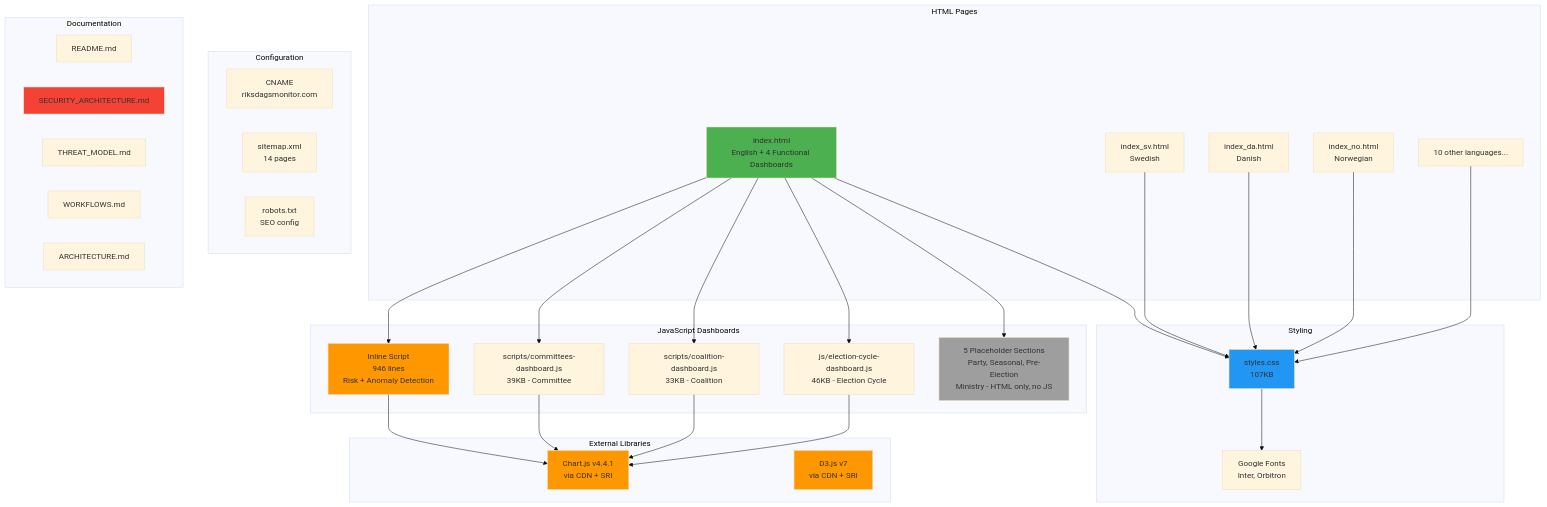
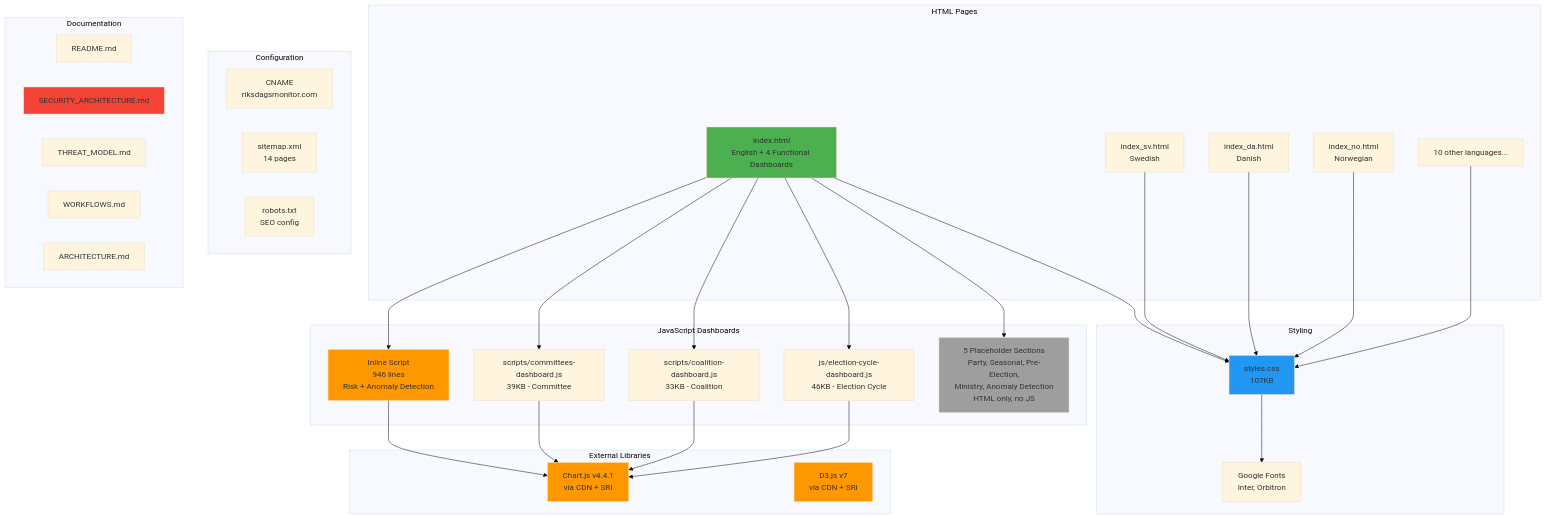
One commit to Hack23/riksdagsmonitor changed the fourth of 11 diagrams in ARCHITECTURE.md. Above: the diagram before and after it, drawn with Mermaid (base theme). The commit also changed 2 other files, not shown here.

Commit message:
Fix dashboard implementation accuracy: risk dashboard only, 5 placeholders including standalone anomaly section

````diff
--- a/ARCHITECTURE.md
+++ b/ARCHITECTURE.md
@@ -176,69 +176,69 @@
 ```mermaid
 graph TD
     subgraph "HTML Pages"
         Index[index.html<br/>English + 4 Functional Dashboards]
         LangSV[index_sv.html<br/>Swedish]
         LangDA[index_da.html<br/>Danish]
         LangNO[index_no.html<br/>Norwegian]
         LangOther[10 other languages...]
     end
     
     subgraph "JavaScript Dashboards"
         InlineScript[Inline Script<br/>946 lines<br/>Risk + Anomaly Detection]
         ExtJS1[scripts/committees-dashboard.js<br/>39KB - Committee]
         ExtJS2[scripts/coalition-dashboard.js<br/>33KB - Coalition]
         ExtJS3[js/election-cycle-dashboard.js<br/>46KB - Election Cycle]
-        Placeholders[5 Placeholder Sections<br/>Party, Seasonal, Pre-Election<br/>Ministry - HTML only, no JS]
+        Placeholders[5 Placeholder Sections<br/>Party, Seasonal, Pre-Election,<br/>Ministry, Anomaly Detection<br/>HTML only, no JS]
     end
     
     subgraph "Styling"
         CSS[styles.css<br/>107KB]
         Fonts[Google Fonts<br/>Inter, Orbitron]
     end
     
     subgraph "External Libraries"
         Chart[Chart.js v4.4.1<br/>via CDN + SRI]
         D3[D3.js v7<br/>via CDN + SRI]
     end
     
     subgraph "Configuration"
         CNAME[CNAME<br/>riksdagsmonitor.com]
         Sitemap[sitemap.xml<br/>14 pages]
         Robots[robots.txt<br/>SEO config]
     end
     
     subgraph "Documentation"
         Readme[README.md]
         Security[SECURITY_ARCHITECTURE.md]
         Threat[THREAT_MODEL.md]
         Workflows[WORKFLOWS.md]
         Arch[ARCHITECTURE.md]
     end
     
     Index --> InlineScript
     Index --> ExtJS1
     Index --> ExtJS2
     Index --> ExtJS3
     Index --> Placeholders
     Index --> CSS
     
     LangSV --> CSS
     LangDA --> CSS
     LangNO --> CSS
     LangOther --> CSS
     
     InlineScript --> Chart
     ExtJS1 --> Chart
     ExtJS2 --> Chart
     ExtJS3 --> Chart
     
     CSS --> Fonts
     
     style Index fill:#4caf50
     style InlineScript fill:#ff9800
     style Placeholders fill:#9e9e9e
     style CSS fill:#2196f3
     style Chart fill:#ff9800
     style D3 fill:#ff9800
     style Security fill:#f44336
 ```
````
